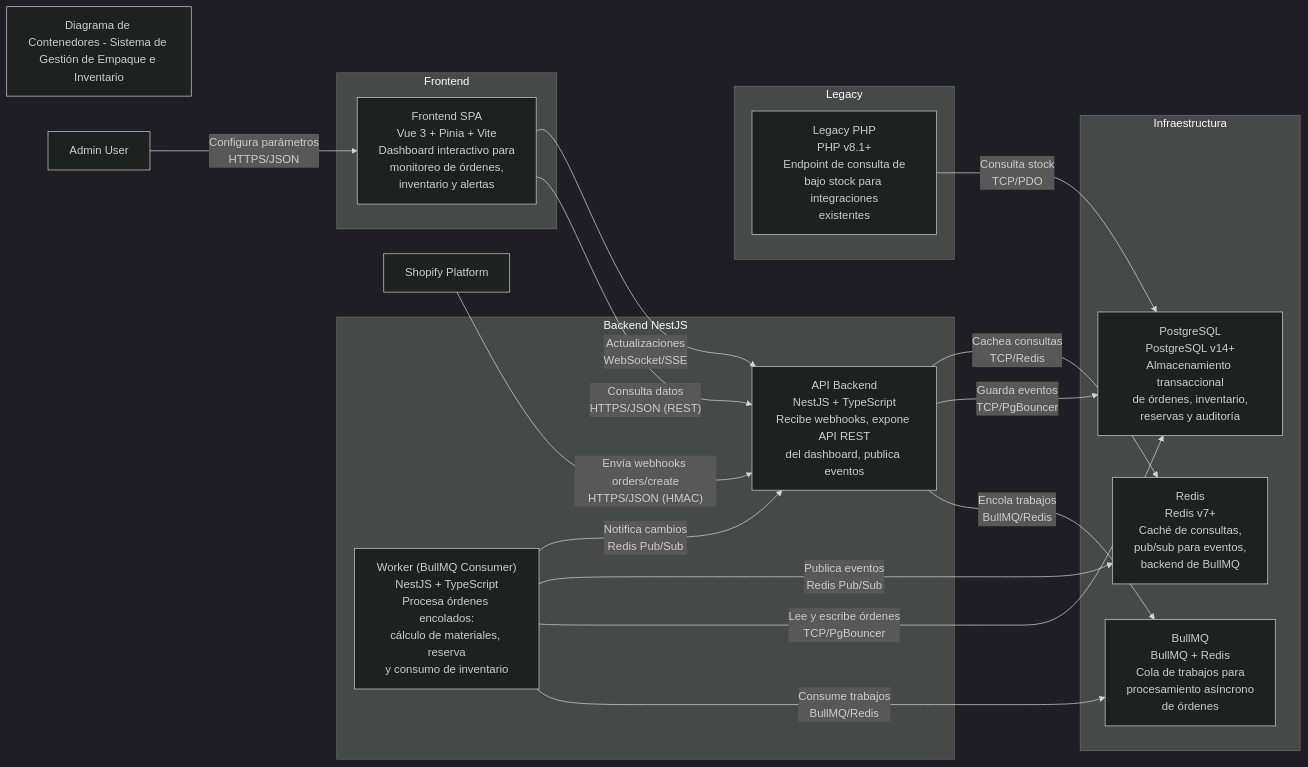
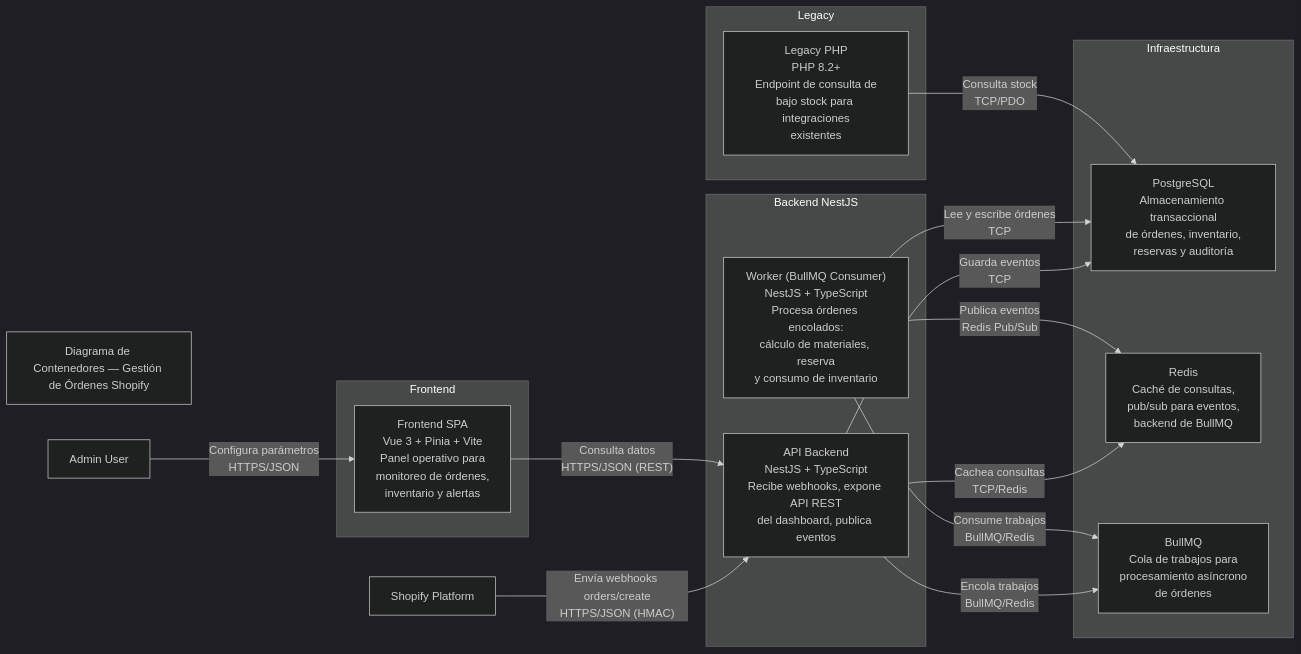
Before and after one commit to cloudfly2026-byte/sistema-ordenes-ddd: the second of 9 diagrams in docs/architecture.md, drawn with Mermaid (dark theme). The commit also changed other lines of this file and 77 other files, not shown here.

````diff
--- a/docs/architecture.md
+++ b/docs/architecture.md
@@ -95,39 +86,37 @@
 ```mermaid
 flowchart LR
-    title["Diagrama de Contenedores - Sistema de Gestión de Empaque e Inventario"]
+    title["Diagrama de Contenedores — Gestión de Órdenes Shopify"]
 
     subgraph backend["Backend NestJS"]
         api["API Backend<br/>NestJS + TypeScript<br/>Recibe webhooks, expone API REST<br/>del dashboard, publica eventos"]
         worker["Worker (BullMQ Consumer)<br/>NestJS + TypeScript<br/>Procesa órdenes encolados:<br/>cálculo de materiales, reserva<br/>y consumo de inventario"]
     end
 
     subgraph frontend["Frontend"]
-        spa["Frontend SPA<br/>Vue 3 + Pinia + Vite<br/>Dashboard interactivo para<br/>monitoreo de órdenes,<br/>inventario y alertas"]
+        spa["Frontend SPA<br/>Vue 3 + Pinia + Vite<br/>Panel operativo para<br/>monitoreo de órdenes,<br/>inventario y alertas"]
     end
 
     subgraph infrastructure["Infraestructura"]
-        db["PostgreSQL<br/>PostgreSQL v14+<br/>Almacenamiento transaccional<br/>de órdenes, inventario,<br/>reservas y auditoría"]
-        redis["Redis<br/>Redis v7+<br/>Caché de consultas,<br/>pub/sub para eventos,<br/>backend de BullMQ"]
-        queue["BullMQ<br/>BullMQ + Redis<br/>Cola de trabajos para<br/>procesamiento asíncrono<br/>de órdenes"]
+        db["PostgreSQL<br/>Almacenamiento transaccional<br/>de órdenes, inventario,<br/>reservas y auditoría"]
+        redis["Redis<br/>Caché de consultas,<br/>pub/sub para eventos,<br/>backend de BullMQ"]
+        queue["BullMQ<br/>Cola de trabajos para<br/>procesamiento asíncrono<br/>de órdenes"]
     end
 
     subgraph legacy["Legacy"]
-        php["Legacy PHP<br/>PHP v8.1+<br/>Endpoint de consulta de<br/>bajo stock para integraciones<br/>existentes"]
+        php["Legacy PHP<br/>PHP 8.2+<br/>Endpoint de consulta de<br/>bajo stock para integraciones<br/>existentes"]
     end
 
     shopify["Shopify Platform"]
     admin["Admin User"]
 
     shopify -->|"Envía webhooks orders/create<br/>HTTPS/JSON (HMAC)"| api
     api -->|"Encola trabajos<br/>BullMQ/Redis"| queue
-    api -->|"Guarda eventos<br/>TCP/PgBouncer"| db
+    api -->|"Guarda eventos<br/>TCP"| db
     api -->|"Cachea consultas<br/>TCP/Redis"| redis
     worker -->|"Consume trabajos<br/>BullMQ/Redis"| queue
-    worker -->|"Lee y escribe órdenes<br/>TCP/PgBouncer"| db
+    worker -->|"Lee y escribe órdenes<br/>TCP"| db
     worker -->|"Publica eventos<br/>Redis Pub/Sub"| redis
-    worker -->|"Notifica cambios<br/>Redis Pub/Sub"| api
     spa -->|"Consulta datos<br/>HTTPS/JSON (REST)"| api
-    spa -->|"Actualizaciones<br/>WebSocket/SSE"| api
     php -->|"Consulta stock<br/>TCP/PDO"| db
     admin -->|"Configura parámetros<br/>HTTPS/JSON"| spa
 ```
````
